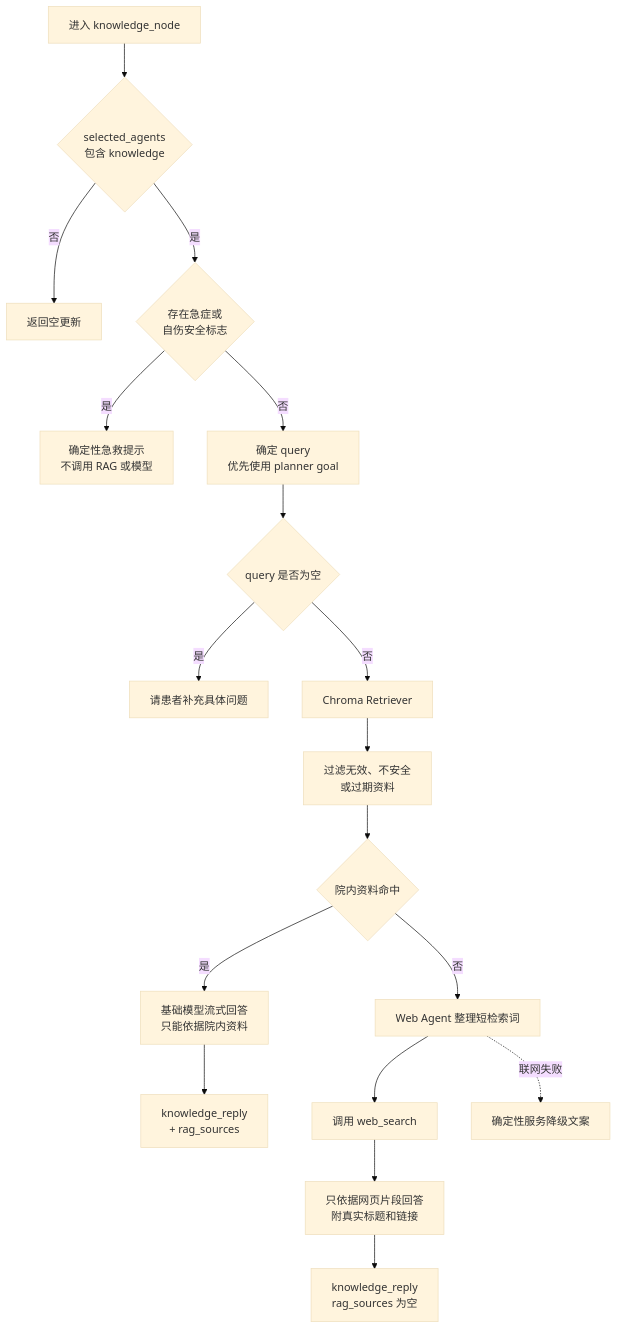
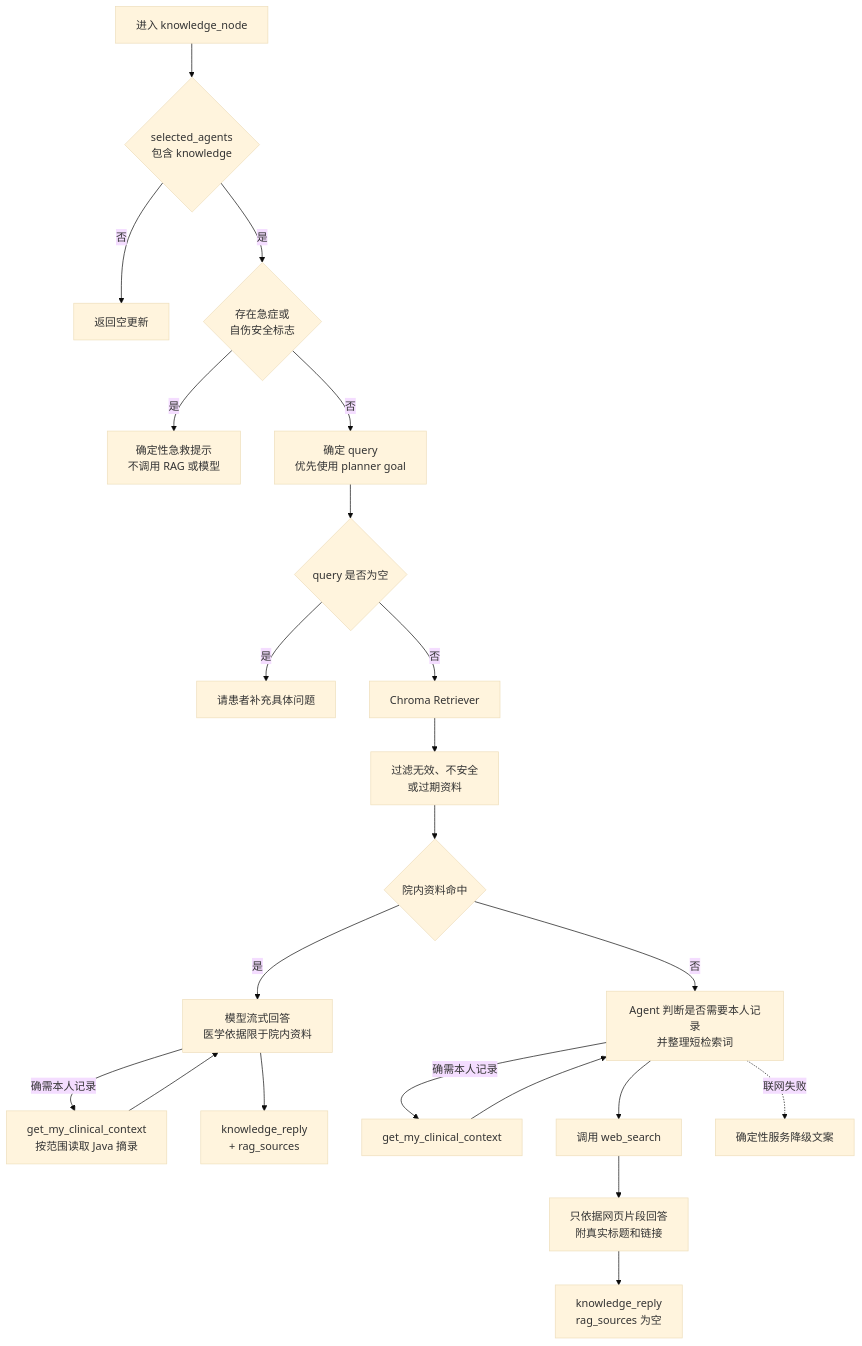
Before and after one commit to 6666ccc/WenRun: the fifth of 8 diagrams in docs/AI模块流程骨架.md, drawn with Mermaid (base theme). The commit also changed other lines of this file and 67 other files, not shown here.

````diff
--- a/docs/AI模块流程骨架.md
+++ b/docs/AI模块流程骨架.md
@@ -144,20 +144,24 @@
 ```mermaid
 flowchart TD
     A["进入 knowledge_node"] --> B{"selected_agents<br/>包含 knowledge"}
     B -->|否| Z["返回空更新"]
     B -->|是| C{"存在急症或<br/>自伤安全标志"}
     C -->|是| D["确定性急救提示<br/>不调用 RAG 或模型"]
     C -->|否| E["确定 query<br/>优先使用 planner goal"]
     E --> F{"query 是否为空"}
     F -->|是| G["请患者补充具体问题"]
     F -->|否| H["Chroma Retriever"]
     H --> I["过滤无效、不安全<br/>或过期资料"]
     I --> J{"院内资料命中"}
-    J -->|是| K["基础模型流式回答<br/>只能依据院内资料"]
+    J -->|是| K["模型流式回答<br/>医学依据限于院内资料"]
+    K -->|确需本人记录| X["get_my_clinical_context<br/>按范围读取 Java 摘录"]
+    X --> K
     K --> L["knowledge_reply<br/>+ rag_sources"]
-    J -->|否| M["Web Agent 整理短检索词"]
+    J -->|否| M["Agent 判断是否需要本人记录<br/>并整理短检索词"]
+    M -->|确需本人记录| Y["get_my_clinical_context"]
+    Y --> M
     M --> N["调用 web_search"]
     N --> O["只依据网页片段回答<br/>附真实标题和链接"]
     O --> P["knowledge_reply<br/>rag_sources 为空"]
     M -. 联网失败 .-> Q["确定性服务降级文案"]
 ```
````
